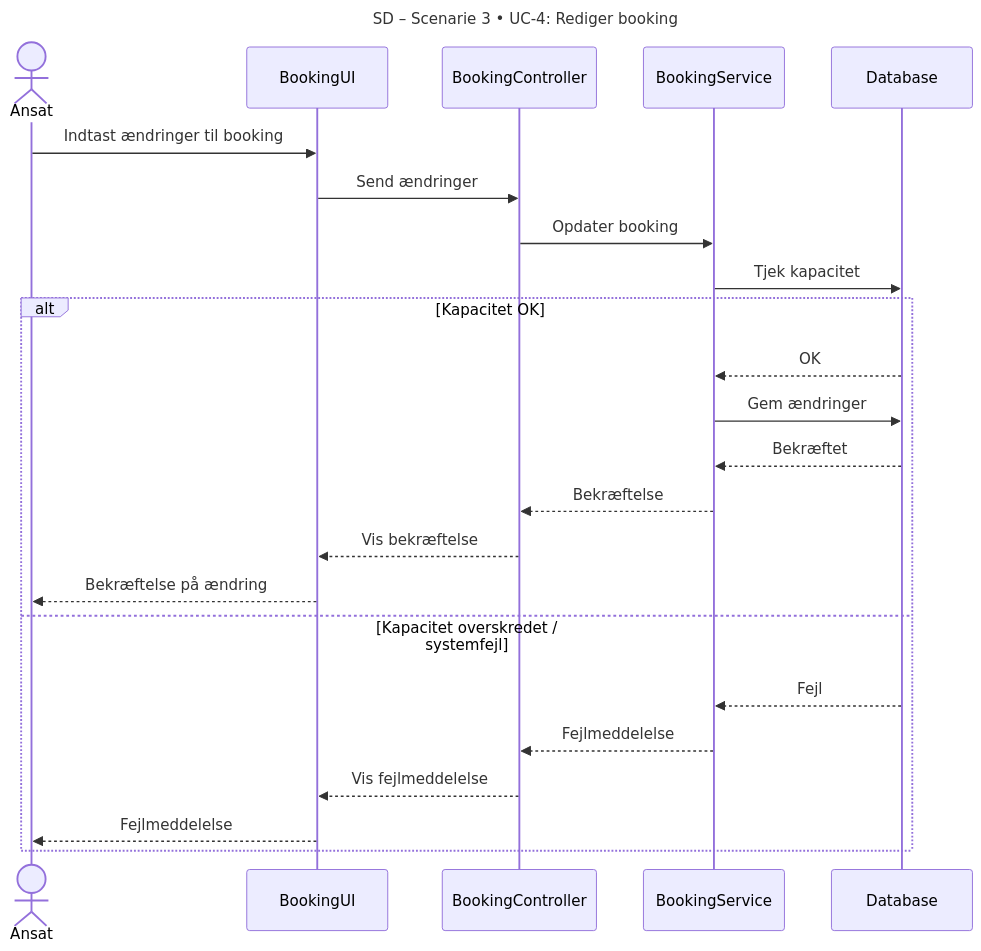
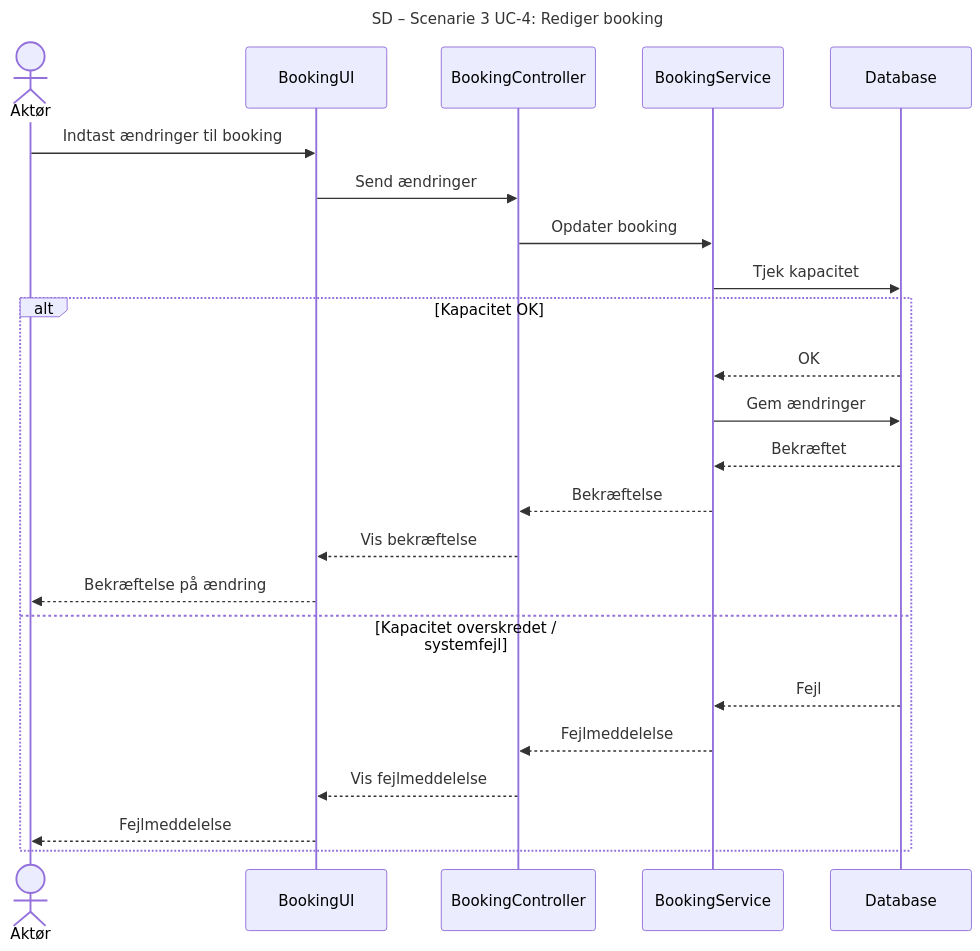
Before and after one commit to DMOoF25/TheMovie: the diagram in docs/Scenarie 3 UC4/SD S3 UC4.mmd, drawn with Mermaid. The commit also changed other lines of this file, not shown here.

Commit message:
Update SD S3 UC4.mmd

```diff
--- a/docs/Scenarie 3 UC4/SD S3 UC4.mmd
+++ b/docs/Scenarie 3 UC4/SD S3 UC4.mmd
@@ -1,27 +1,28 @@
 sequenceDiagram
-title SD – Scenarie 3 • UC-4: Rediger booking
+title SD – Scenarie 3 UC-4: Rediger booking
 
 
-  actor Ansat
+  
+    actor Aktør
     participant BookingUI
     participant BookingController
     participant BookingService
     participant Database
 
-    Ansat->>BookingUI: Indtast ændringer til booking
+    Aktør->>BookingUI: Indtast ændringer til booking
     BookingUI->>BookingController: Send ændringer
     BookingController->>BookingService: Opdater booking
     BookingService->>Database: Tjek kapacitet
     alt Kapacitet OK
         Database-->>BookingService: OK
         BookingService->>Database: Gem ændringer
         Database-->>BookingService: Bekræftet
         BookingService-->>BookingController: Bekræftelse
         BookingController-->>BookingUI: Vis bekræftelse
-        BookingUI-->>Ansat: Bekræftelse på ændring
+        BookingUI-->>Aktør: Bekræftelse på ændring
     else Kapacitet overskredet / systemfejl
         Database-->>BookingService: Fejl
         BookingService-->>BookingController: Fejlmeddelelse
         BookingController-->>BookingUI: Vis fejlmeddelelse
-        BookingUI-->>Ansat: Fejlmeddelelse
+        BookingUI-->>Aktør: Fejlmeddelelse
     end
```
